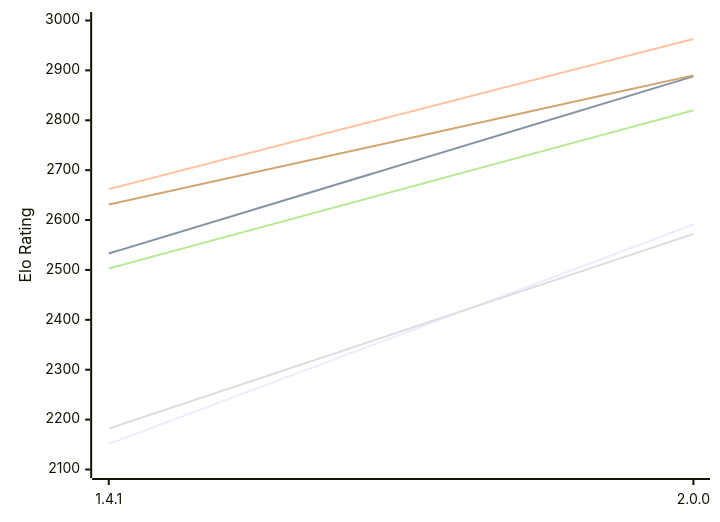
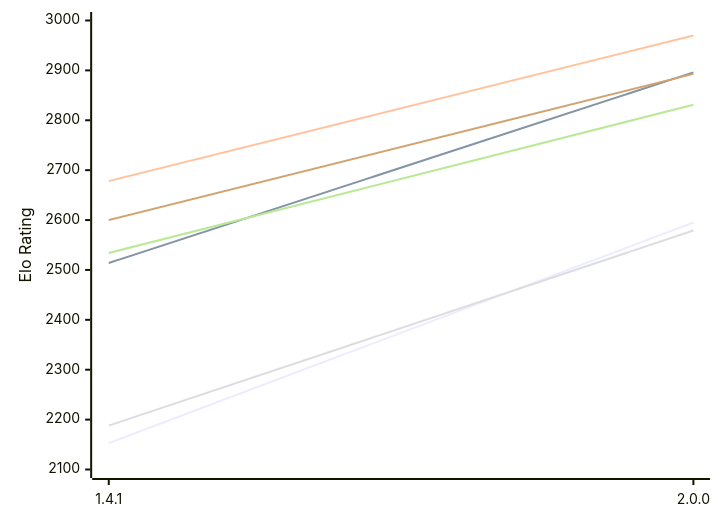
One commit to computer-chess-index/cci changed the first of 2 diagrams in engines/Chal.md. Above: the diagram before and after it, drawn with Mermaid. The commit also changed other lines of this file, not shown here.

Commit message:
Update CCI Ratings (ELO VLTC) - 2026-11-16

````diff
--- a/engines/Chal.md
+++ b/engines/Chal.md
@@ -55,12 +55,12 @@
 ```mermaid
 %%{init: {"theme":"base","themeVariables":{"seriesColors:['#a3a3a3','#222221','#faa371']}}}%%
 xychart-beta
   x-axis ["1.4.1", "2.0.0"]
   y-axis "Elo Rating" 2100 --> 3000
-  line "E1: STC (8.0+0.08s)" [2151, 2591]
-  line "E1: LTC (60.0+0.60s)" [2533, 2888]
-  line "E1: VLTC (2m24s+1.12s)" [2662, 2963]
-  line "P1: STC (8.0+0.08s)" [2182, 2572]
-  line "P1: LTC (60.0+0.60s)" [2503, 2820]
-  line "P1: VLTC (2m24s+1.12s)" [2631, 2890]
+  line "E1: STC (8.0+0.08s)" [2153, 2595]
+  line "E1: LTC (60.0+0.60s)" [2514, 2896]
+  line "E1: VLTC (2m24s+1.12s)" [2678, 2970]
+  line "P1: STC (8.0+0.08s)" [2188, 2579]
+  line "P1: LTC (60.0+0.60s)" [2534, 2831]
+  line "P1: VLTC (2m24s+1.12s)" [2600, 2893]
 ```
````
